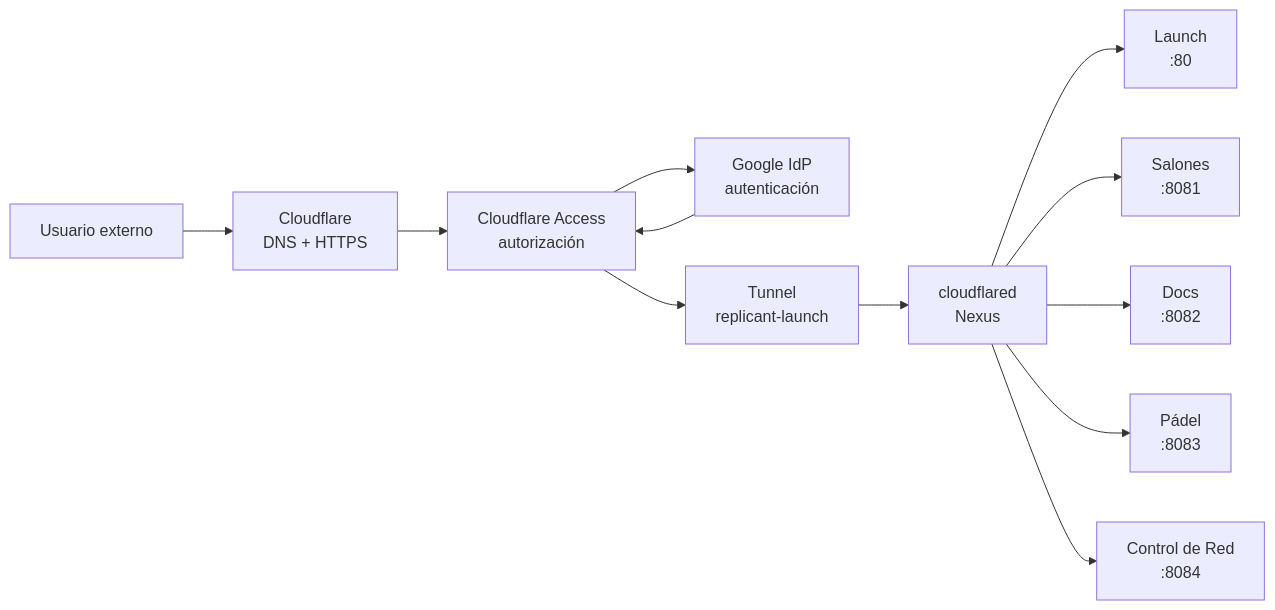
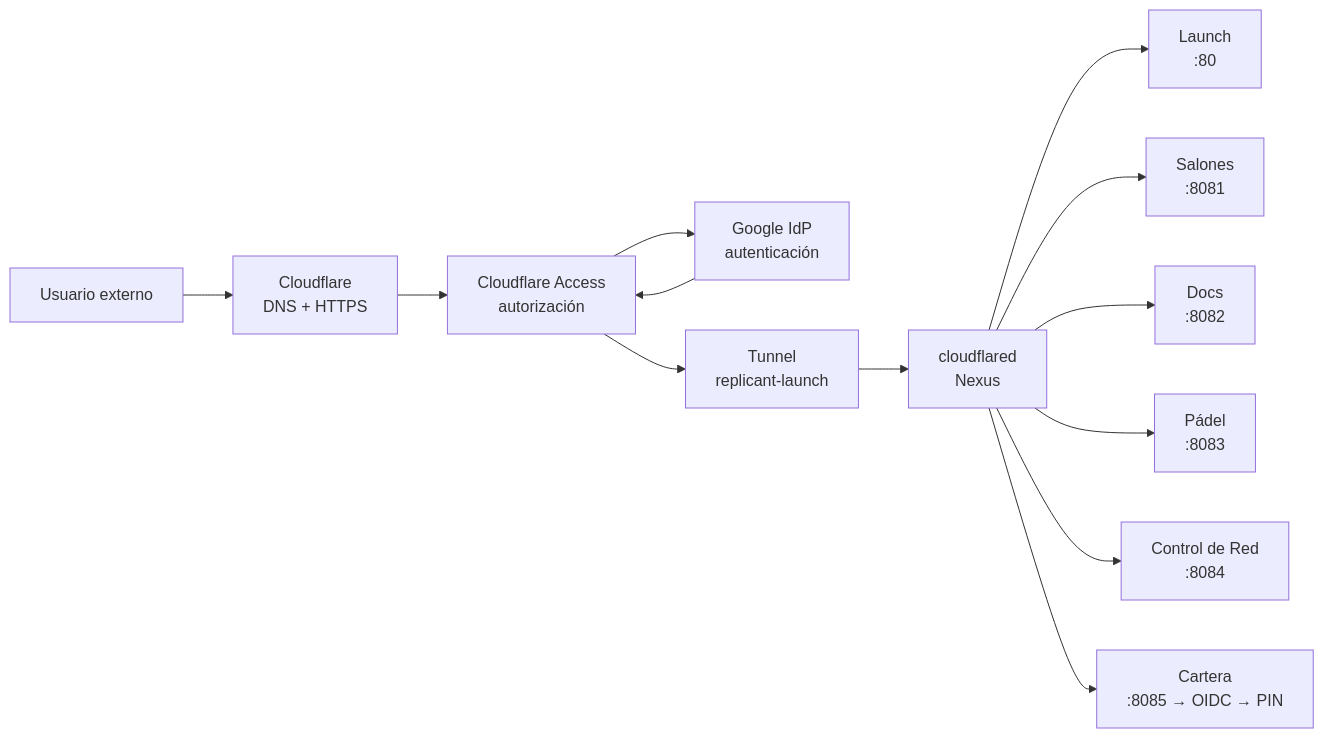
The second of 4 diagrams in docs/arquitectura.md (ratienza/infra-replicant-lab), drawn with Mermaid before and after one commit. The commit also changed other lines of this file and 39 other files, not shown here.

````diff
--- a/docs/arquitectura.md
+++ b/docs/arquitectura.md
@@ -38,15 +38,16 @@
 ```mermaid
 flowchart LR
     U["Usuario externo"] --> CF["Cloudflare<br/>DNS + HTTPS"]
     CF --> ACCESS["Cloudflare Access<br/>autorización"]
     ACCESS --> G["Google IdP<br/>autenticación"]
     G --> ACCESS
     ACCESS --> T["Tunnel<br/>replicant-launch"]
     T --> CFD["cloudflared<br/>Nexus"]
 
     CFD --> L["Launch<br/>:80"]
     CFD --> S["Salones<br/>:8081"]
     CFD --> D["Docs<br/>:8082"]
     CFD --> P["Pádel<br/>:8083"]
     CFD --> R["Control de Red<br/>:8084"]
+    CFD --> C["Cartera<br/>:8085 → OIDC → PIN"]
 ```
````
